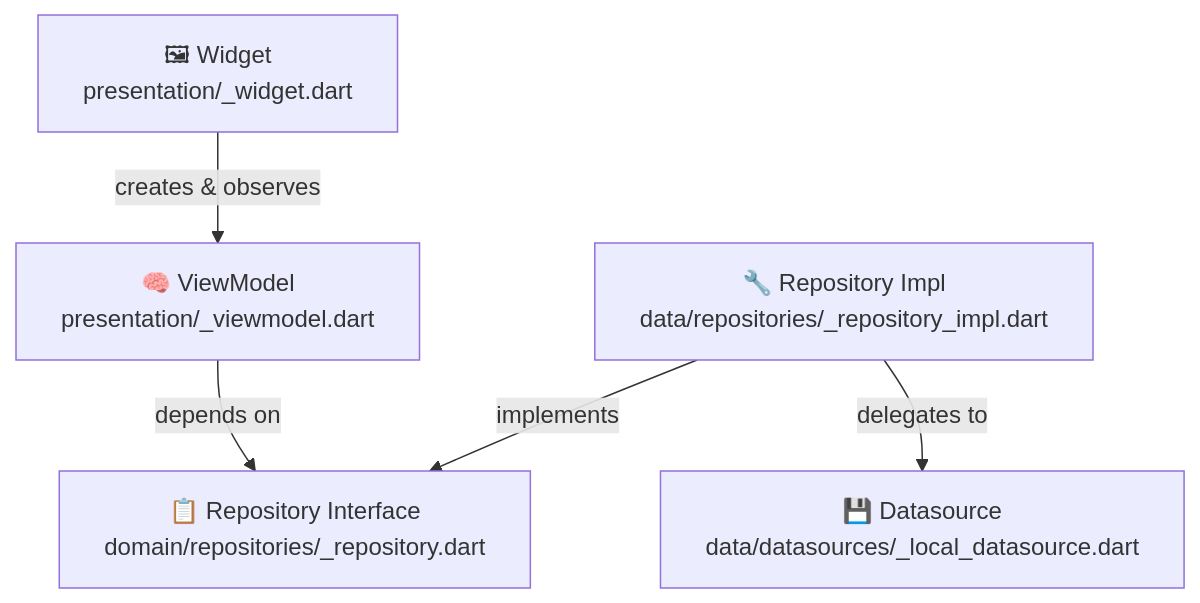
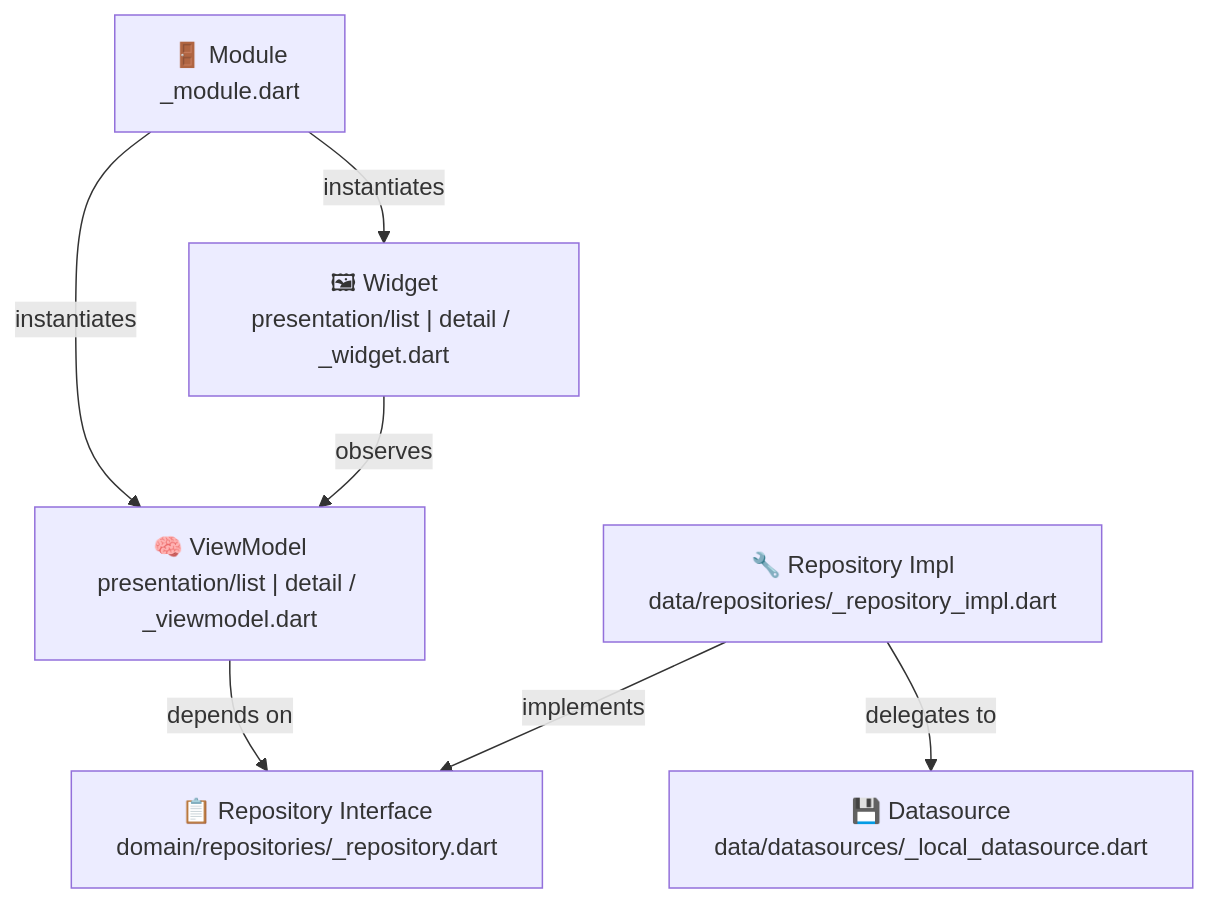
One commit to davidgaspardev/powerflix changed the second of 7 diagrams in CONTRIBUTING.md. Above: the diagram before and after it, drawn with Mermaid. The commit also changed other lines of this file and 36 other files, not shown here.

First line of the commit message:
♻️ Refactor | Introduce workout feature with module pattern and use cases

````diff
--- a/CONTRIBUTING.md
+++ b/CONTRIBUTING.md
@@ -52,13 +55,16 @@
 ```mermaid
 flowchart TD
-    W["🖼 Widget\npresentation/<name>_widget.dart"]
-    VM["🧠 ViewModel\npresentation/<name>_viewmodel.dart"]
+    M["🚪 Module\n<feature>_module.dart"]
+    W["🖼 Widget\npresentation/list | detail / <name>_widget.dart"]
+    VM["🧠 ViewModel\npresentation/list | detail / <name>_viewmodel.dart"]
     RI["📋 Repository Interface\ndomain/repositories/<name>_repository.dart"]
     IMPL["🔧 Repository Impl\ndata/repositories/<name>_repository_impl.dart"]
     DS["💾 Datasource\ndata/datasources/<entity>_local_datasource.dart"]
 
-    W -->|"creates & observes"| VM
+    M -->|"instantiates"| W
+    M -->|"instantiates"| VM
+    W -->|"observes"| VM
     VM -->|"depends on"| RI
     IMPL -->|"implements"| RI
     IMPL -->|"delegates to"| DS
 ```
````
